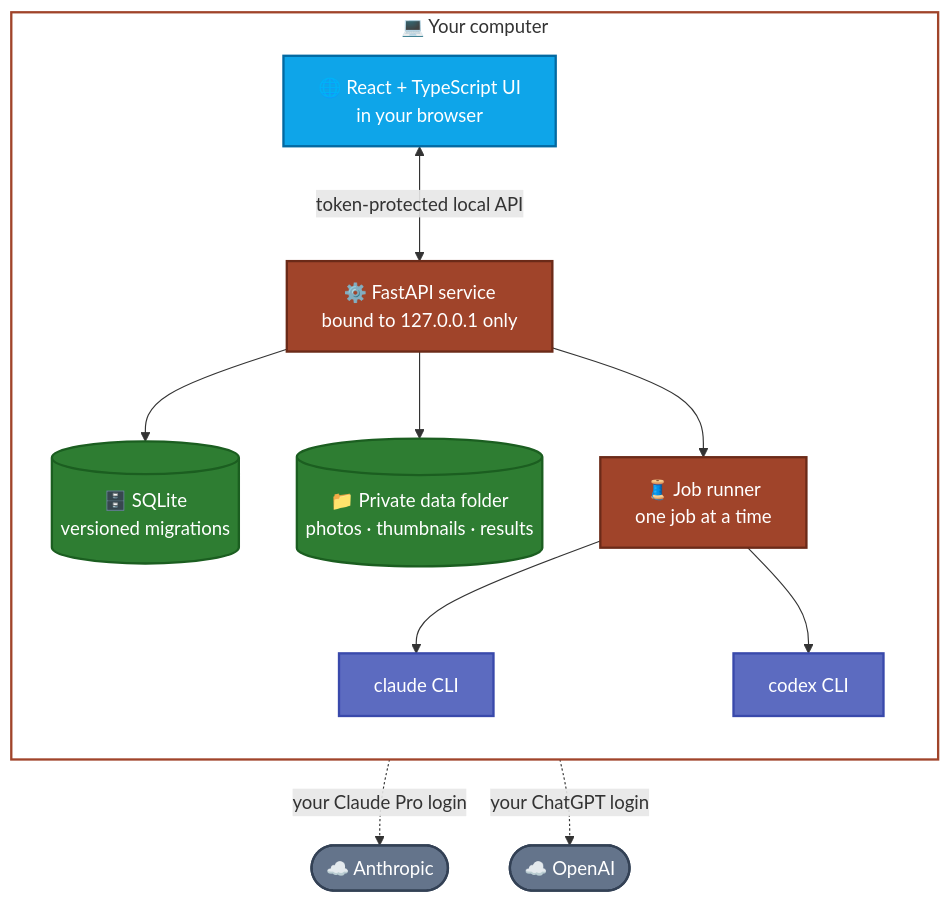
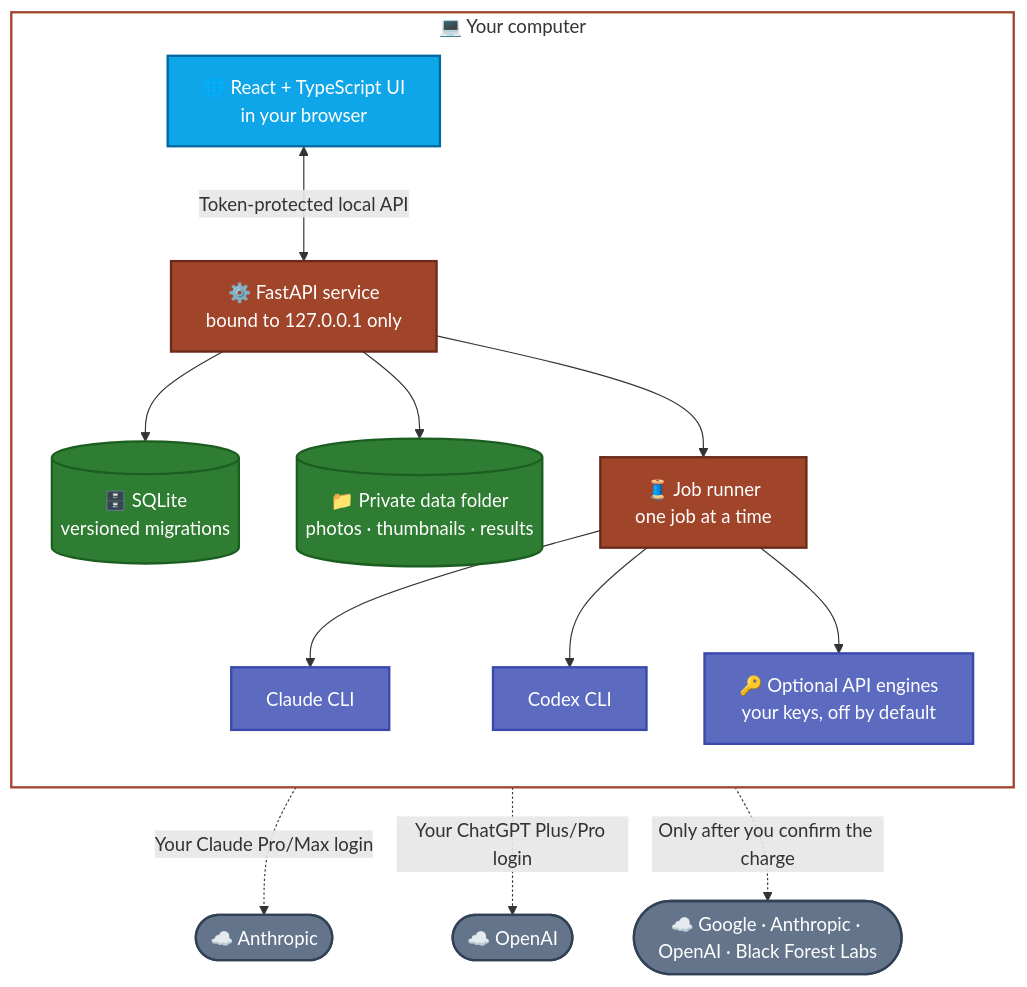
The second of 3 diagrams in README.md (CyberSecurityChuck/Character-Studio), drawn with Mermaid before and after one commit. The commit also changed other lines of this file and 10 other files, not shown here.

````diff
--- a/README.md
+++ b/README.md
@@ -113,28 +132,30 @@
 ```mermaid
 flowchart TB
     subgraph PC["💻 Your computer"]
         direction TB
         UI["🌐 React + TypeScript UI<br/>in your browser"]:::ui
         API["⚙️ FastAPI service<br/>bound to 127.0.0.1 only"]:::core
         DB[("🗄️ SQLite<br/>versioned migrations")]:::store
         FS[("📁 Private data folder<br/>photos · thumbnails · results")]:::store
         Q["🧵 Job runner<br/>one job at a time"]:::core
-        CL["claude CLI"]:::cli
-        CX["codex CLI"]:::cli
-        UI <-->|"token-protected local API"| API
+        CL["Claude CLI"]:::cli
+        CX["Codex CLI"]:::cli
+        UI <-->|"Token-protected local API"| API
         API --> DB
         API --> FS
         API --> Q
         Q --> CL
         Q --> CX
+        Q --> AK["🔑 Optional API engines<br/>your keys, off by default"]:::cli
     end
-    CL -. "your Claude Pro login" .-> AN(["☁️ Anthropic"]):::cloud
-    CX -. "your ChatGPT login" .-> OA(["☁️ OpenAI"]):::cloud
+    CL -. "Your Claude Pro/Max login" .-> AN(["☁️ Anthropic"]):::cloud
+    CX -. "Your ChatGPT Plus/Pro login" .-> OA(["☁️ OpenAI"]):::cloud
+    AK -. "Only after you confirm the charge" .-> PR(["☁️ Google · Anthropic · OpenAI · Black Forest Labs"]):::cloud
 
     classDef ui fill:#0EA5E9,stroke:#0369A1,color:#ffffff,stroke-width:2px
     classDef core fill:#A0442A,stroke:#6B2A18,color:#ffffff,stroke-width:2px
     classDef store fill:#2E7D32,stroke:#1B5E20,color:#ffffff,stroke-width:2px
     classDef cli fill:#5C6BC0,stroke:#3949AB,color:#ffffff,stroke-width:2px
     classDef cloud fill:#64748B,stroke:#334155,color:#ffffff,stroke-width:2px
     style PC fill:transparent,stroke:#A0442A,stroke-width:2px
 ```
````
